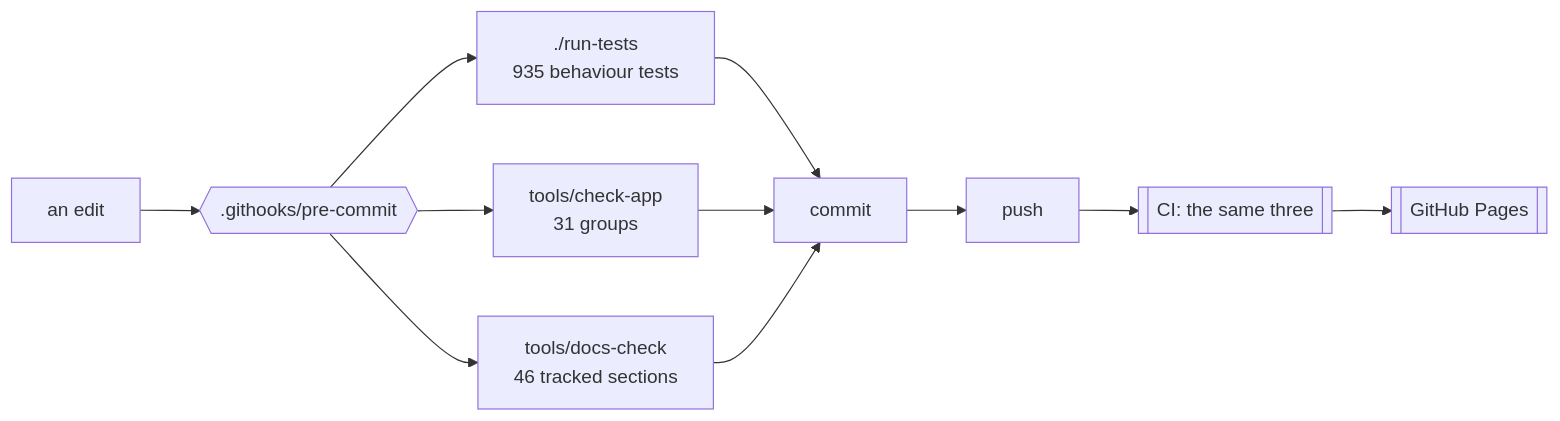
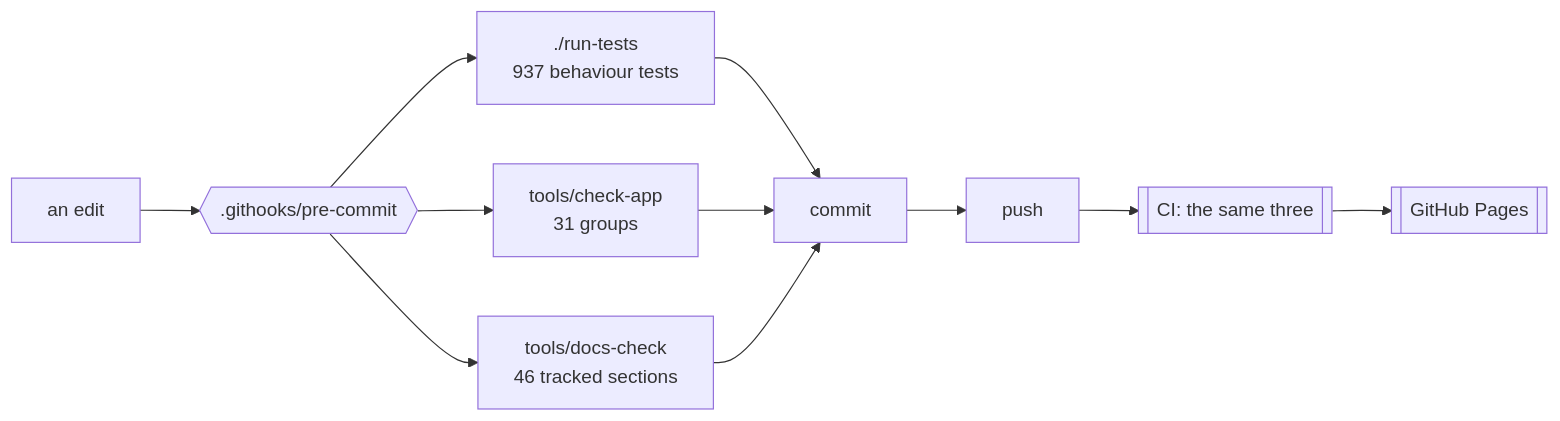
The first of 3 diagrams in docs/DEVELOPING.md (minormending/crystal-pilot-mobile), drawn with Mermaid before and after one commit. The commit also changed other lines of this file and 8 other files, not shown here.

First line of the commit message:
Read the trainers, and the row the chart leaves out

````diff
--- a/docs/DEVELOPING.md
+++ b/docs/DEVELOPING.md
@@ -15,12 +15,12 @@
 ```mermaid
 flowchart LR
     E[an edit] --> H{{".githooks/pre-commit"}}
-    H --> T["./run-tests<br/>935 behaviour tests"]
+    H --> T["./run-tests<br/>937 behaviour tests"]
     H --> C["tools/check-app<br/>31 groups"]
     H --> D["tools/docs-check<br/>46 tracked sections"]
     T --> OK[commit]
     C --> OK
     D --> OK
     OK --> P[push] --> CI[["CI: the same three"]]
     CI --> PG[[GitHub Pages]]
 ```
````
